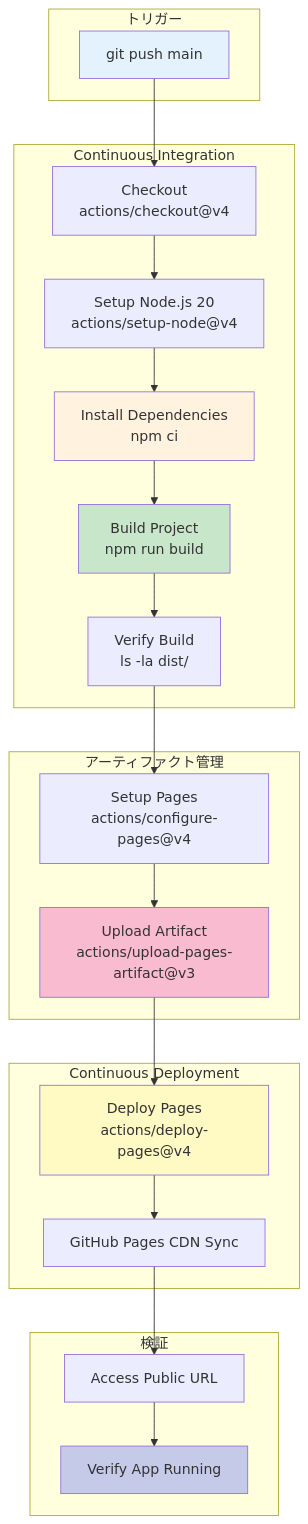
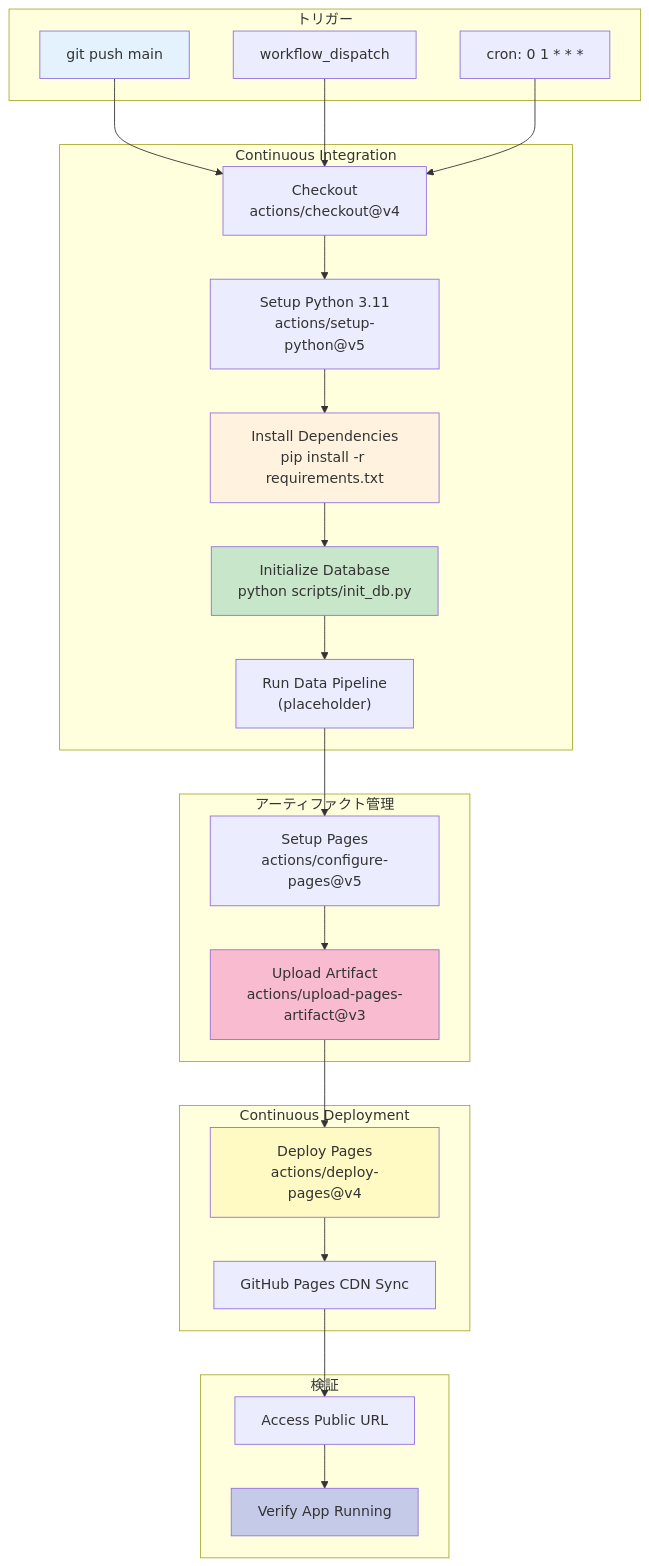
Before and after one commit to J1921604/stock-analysis: the third of 4 diagrams in docs/DEPLOY_GUIDE.md, drawn with Mermaid. The commit also changed other lines of this file and 8 other files, not shown here.

````diff
--- a/docs/DEPLOY_GUIDE.md
+++ b/docs/DEPLOY_GUIDE.md
@@ -508,48 +603,52 @@
 ```mermaid
 flowchart TB
     subgraph Trigger ["トリガー"]
         A1["git push main"]
+        A2["workflow_dispatch"]
+        A3["cron: 0 1 * * *"]
     end
   
     subgraph CI ["Continuous Integration"]
         B1["Checkout<br/>actions/checkout@v4"]
-        B2["Setup Node.js 20<br/>actions/setup-node@v4"]
-        B3["Install Dependencies<br/>npm ci"]
-        B4["Build Project<br/>npm run build"]
-        B5["Verify Build<br/>ls -la dist/"]
+        B2["Setup Python 3.11<br/>actions/setup-python@v5"]
+        B3["Install Dependencies<br/>pip install -r requirements.txt"]
+        B4["Initialize Database<br/>python scripts/init_db.py"]
+        B5["Run Data Pipeline<br/>(placeholder)"]
     end
   
     subgraph Artifact ["アーティファクト管理"]
-        C1["Setup Pages<br/>actions/configure-pages@v4"]
+        C1["Setup Pages<br/>actions/configure-pages@v5"]
         C2["Upload Artifact<br/>actions/upload-pages-artifact@v3"]
     end
   
     subgraph CD ["Continuous Deployment"]
         D1["Deploy Pages<br/>actions/deploy-pages@v4"]
         D2["GitHub Pages CDN Sync"]
     end
   
     subgraph Verify ["検証"]
         E1["Access Public URL"]
         E2["Verify App Running"]
     end
   
     A1 --> B1
+    A2 --> B1
+    A3 --> B1
     B1 --> B2
     B2 --> B3
     B3 --> B4
     B4 --> B5
     B5 --> C1
     C1 --> C2
     C2 --> D1
     D1 --> D2
     D2 --> E1
     E1 --> E2
   
     style A1 fill:#e3f2fd
     style B3 fill:#fff3e0
     style B4 fill:#c8e6c9
     style C2 fill:#f8bbd0
     style D1 fill:#fff9c4
     style E2 fill:#c5cae9
 ```
````
